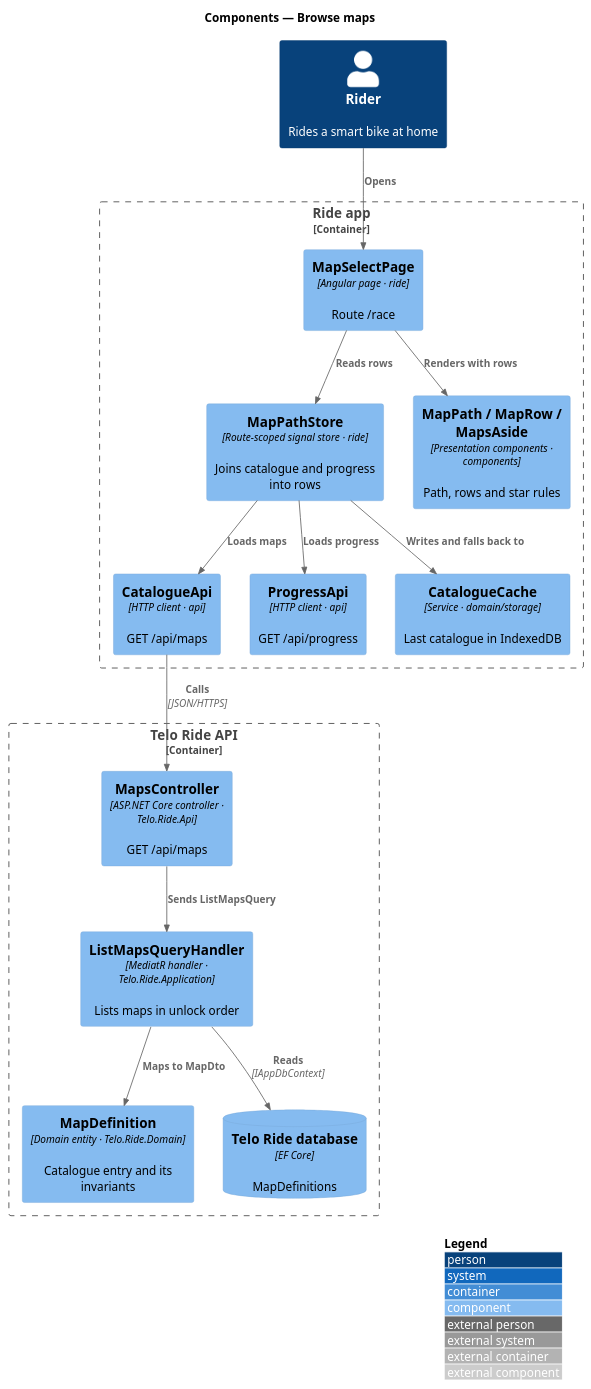
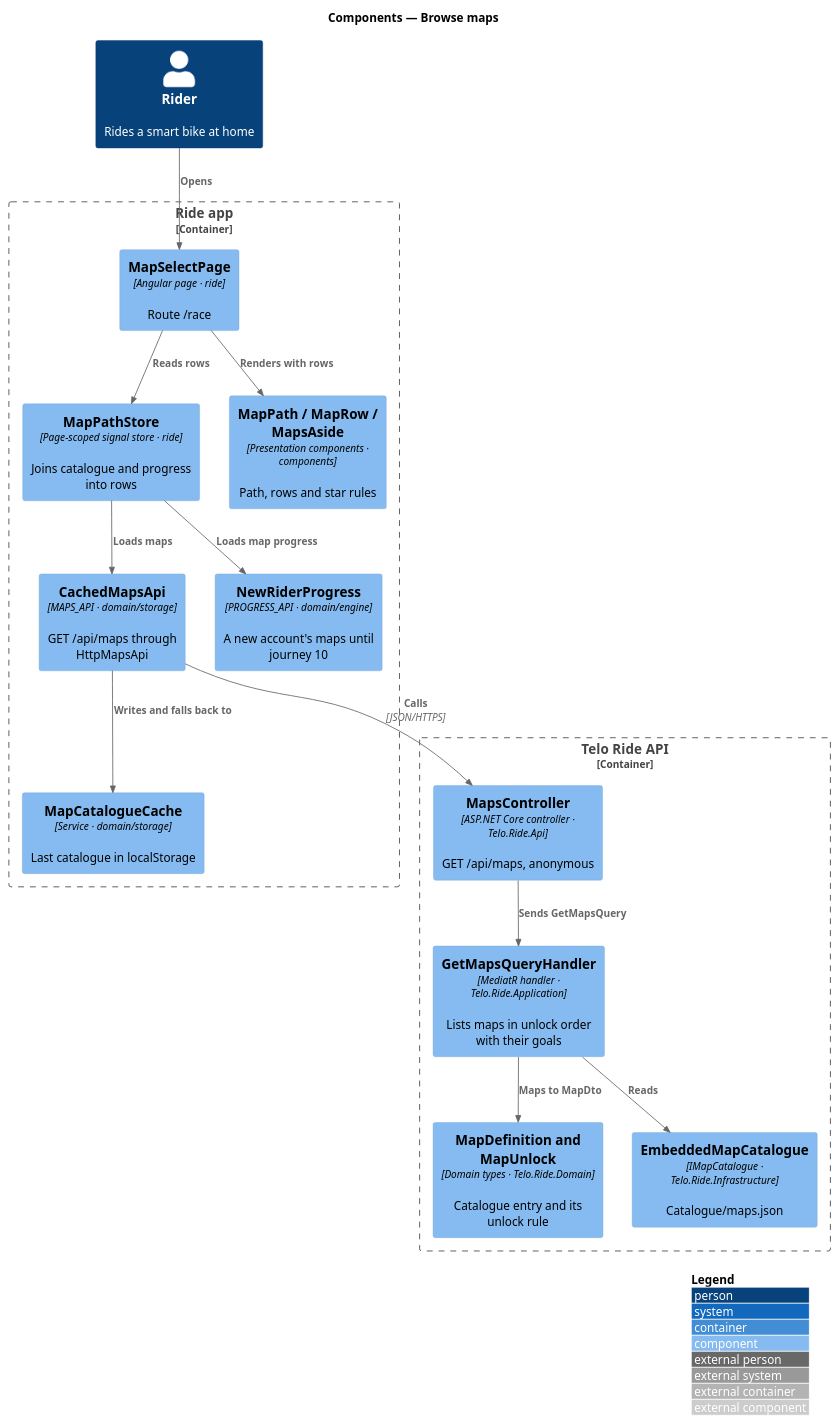
One commit to QuinntyneBrown/ride-one changed the diagram in docs/detailed-designs/race/browse-maps/diagrams/c4-component.puml. Above: the diagram before and after it, drawn with PlantUML. The commit also changed 17 other files, not shown here.

```diff
--- a/docs/detailed-designs/race/browse-maps/diagrams/c4-component.puml
+++ b/docs/detailed-designs/race/browse-maps/diagrams/c4-component.puml
@@ -1,30 +1,30 @@
 @startuml
 !include <C4/C4_Component>
 LAYOUT_WITH_LEGEND()
 title Components — Browse maps
 Person(rider, "Rider", "Rides a smart bike at home")
 Container_Boundary(app, "Ride app") {
   Component(page, "MapSelectPage", "Angular page · ride", "Route /race")
-  Component(store, "MapPathStore", "Route-scoped signal store · ride", "Joins catalogue and progress into rows")
+  Component(store, "MapPathStore", "Page-scoped signal store · ride", "Joins catalogue and progress into rows")
   Component(path, "MapPath / MapRow / MapsAside", "Presentation components · components", "Path, rows and star rules")
-  Component(catapi, "CatalogueApi", "HTTP client · api", "GET /api/maps")
-  Component(progapi, "ProgressApi", "HTTP client · api", "GET /api/progress")
-  Component(cache, "CatalogueCache", "Service · domain/storage", "Last catalogue in IndexedDB")
+  Component(mapsapi, "CachedMapsApi", "MAPS_API · domain/storage", "GET /api/maps through HttpMapsApi")
+  Component(cache, "MapCatalogueCache", "Service · domain/storage", "Last catalogue in localStorage")
+  Component(progress, "NewRiderProgress", "PROGRESS_API · domain/engine", "A new account's maps until journey 10")
 }
 Container_Boundary(api, "Telo Ride API") {
-  Component(ctrl, "MapsController", "ASP.NET Core controller · Telo.Ride.Api", "GET /api/maps")
-  Component(handler, "ListMapsQueryHandler", "MediatR handler · Telo.Ride.Application", "Lists maps in unlock order")
-  Component(entity, "MapDefinition", "Domain entity · Telo.Ride.Domain", "Catalogue entry and its invariants")
-  ComponentDb(db, "Telo Ride database", "EF Core", "MapDefinitions")
+  Component(ctrl, "MapsController", "ASP.NET Core controller · Telo.Ride.Api", "GET /api/maps, anonymous")
+  Component(handler, "GetMapsQueryHandler", "MediatR handler · Telo.Ride.Application", "Lists maps in unlock order with their goals")
+  Component(entity, "MapDefinition and MapUnlock", "Domain types · Telo.Ride.Domain", "Catalogue entry and its unlock rule")
+  Component(file, "EmbeddedMapCatalogue", "IMapCatalogue · Telo.Ride.Infrastructure", "Catalogue/maps.json")
 }
 Rel(rider, page, "Opens")
 Rel(page, store, "Reads rows")
 Rel(page, path, "Renders with rows")
-Rel(store, catapi, "Loads maps")
-Rel(store, progapi, "Loads progress")
-Rel(store, cache, "Writes and falls back to")
-Rel(catapi, ctrl, "Calls", "JSON/HTTPS")
-Rel(ctrl, handler, "Sends ListMapsQuery")
+Rel(store, mapsapi, "Loads maps")
+Rel(store, progress, "Loads map progress")
+Rel(mapsapi, cache, "Writes and falls back to")
+Rel(mapsapi, ctrl, "Calls", "JSON/HTTPS")
+Rel(ctrl, handler, "Sends GetMapsQuery")
 Rel(handler, entity, "Maps to MapDto")
-Rel(handler, db, "Reads", "IAppDbContext")
+Rel(handler, file, "Reads")
 @enduml
```
